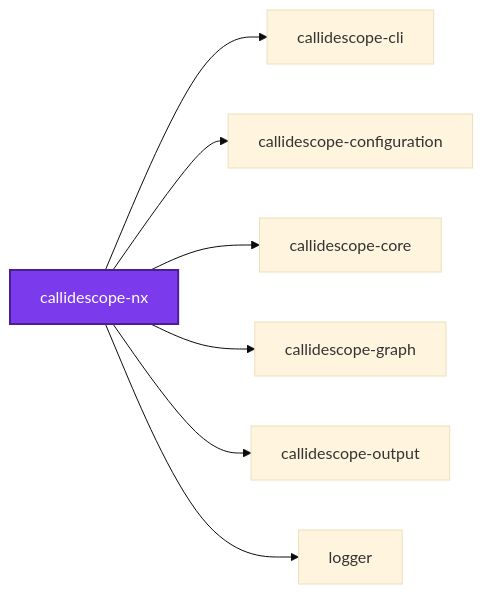
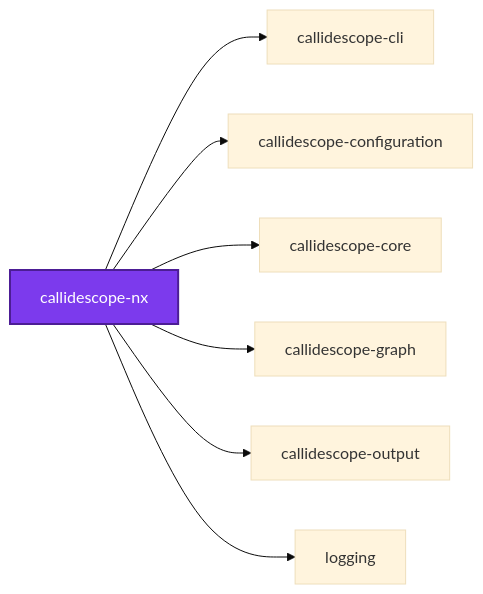
Before and after one commit to Organizzolini/codebase: the first of 3 diagrams in packages/ic-suite/callidescope/callidescope-nx/README.md, drawn with Mermaid (base theme). The commit also changed other lines of this file and 555 other files, not shown here.

````diff
--- a/packages/ic-suite/callidescope/callidescope-nx/README.md
+++ b/packages/ic-suite/callidescope/callidescope-nx/README.md
@@ -310,18 +310,18 @@
 ```mermaid
 graph LR
   callidescope_cli["callidescope-cli"]
   callidescope_configuration["callidescope-configuration"]
   callidescope_core["callidescope-core"]
   callidescope_graph["callidescope-graph"]
   callidescope_nx["callidescope-nx"]
   callidescope_output["callidescope-output"]
-  logger["logger"]
+  logging["logging"]
   callidescope_nx --> callidescope_cli
   callidescope_nx --> callidescope_configuration
   callidescope_nx --> callidescope_core
   callidescope_nx --> callidescope_graph
   callidescope_nx --> callidescope_output
-  callidescope_nx --> logger
+  callidescope_nx --> logging
   classDef subject fill:#7c3aed,color:#fff,stroke:#4c1d95,stroke-width:2px
   class callidescope_nx subject
 ```
````
